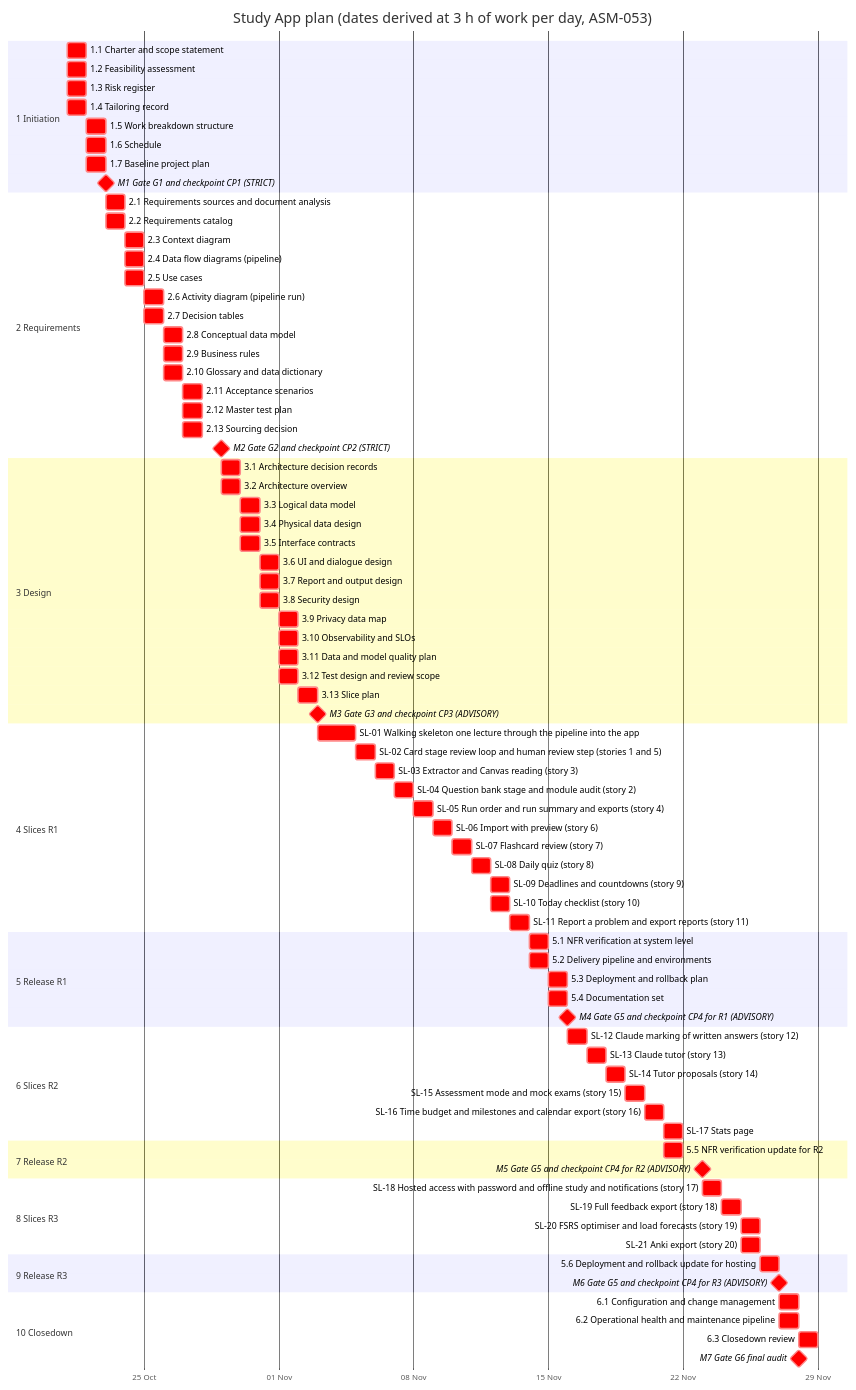
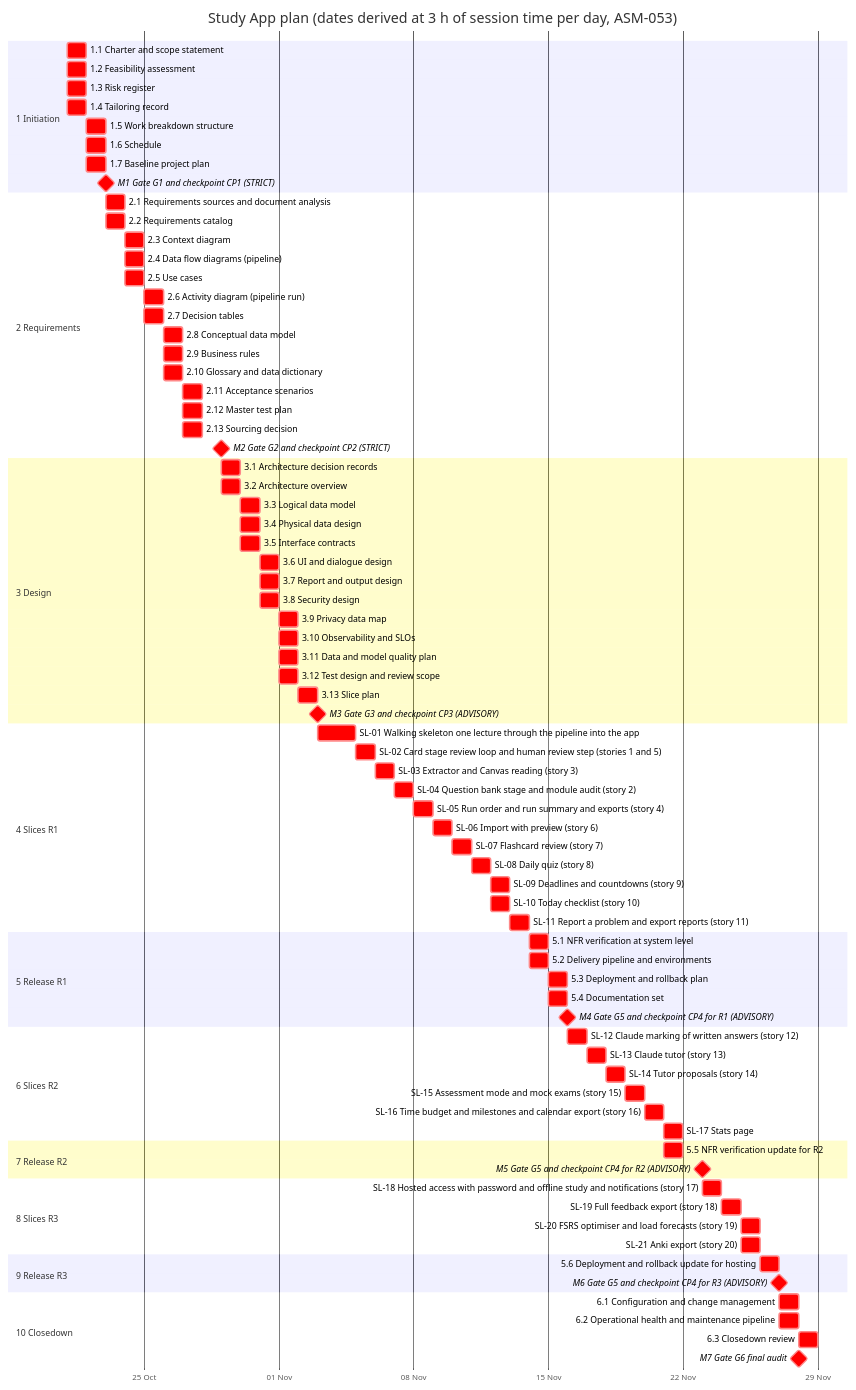
Before and after one commit to thomasclarkpersonal-sketch/StudyApp: the second of 2 diagrams in workbook/01-initiation/schedule.md, drawn with Mermaid. The commit also changed other lines of this file and 11 other files, not shown here.

````diff
--- a/workbook/01-initiation/schedule.md
+++ b/workbook/01-initiation/schedule.md
@@ -297,6 +300,6 @@
 ```mermaid
 gantt
-  title Study App plan (dates derived at 3 h of work per day, ASM-053)
+  title Study App plan (dates derived at 3 h of session time per day, ASM-053)
   dateFormat YYYY-MM-DD
   axisFormat %d %b
   section 1 Initiation
````
